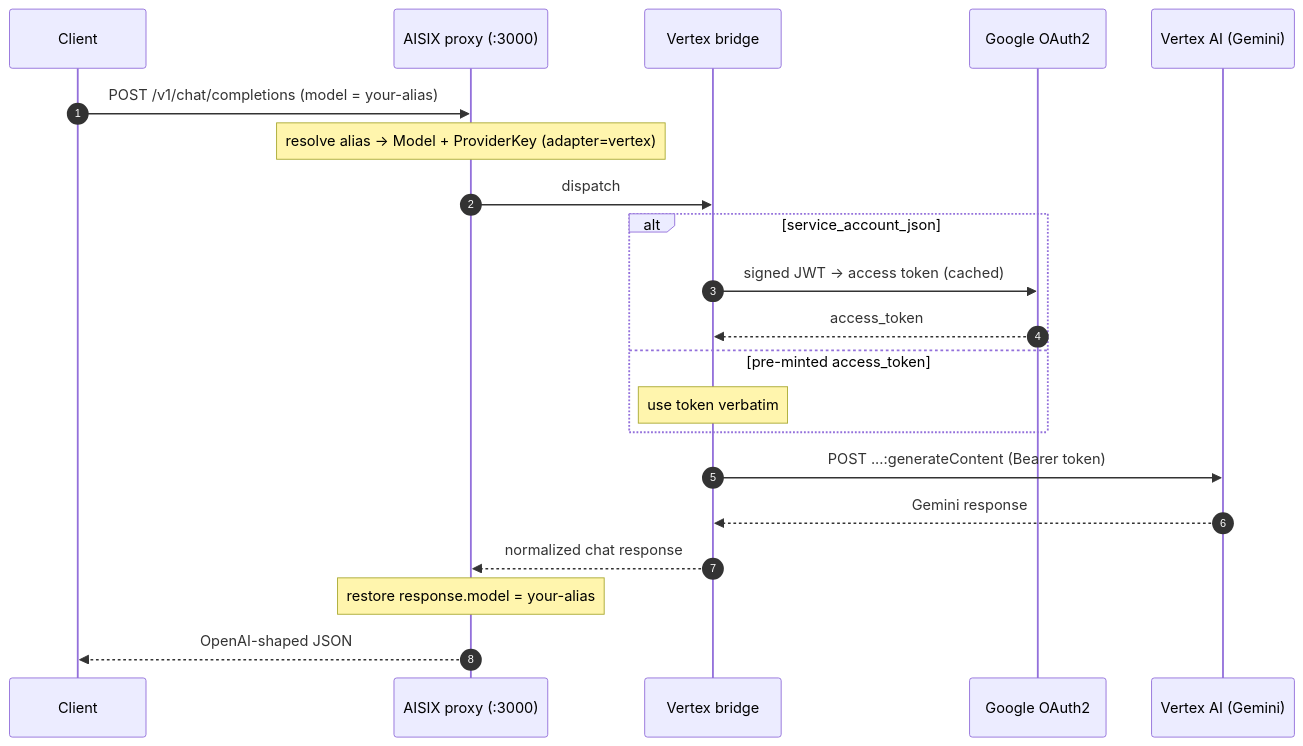
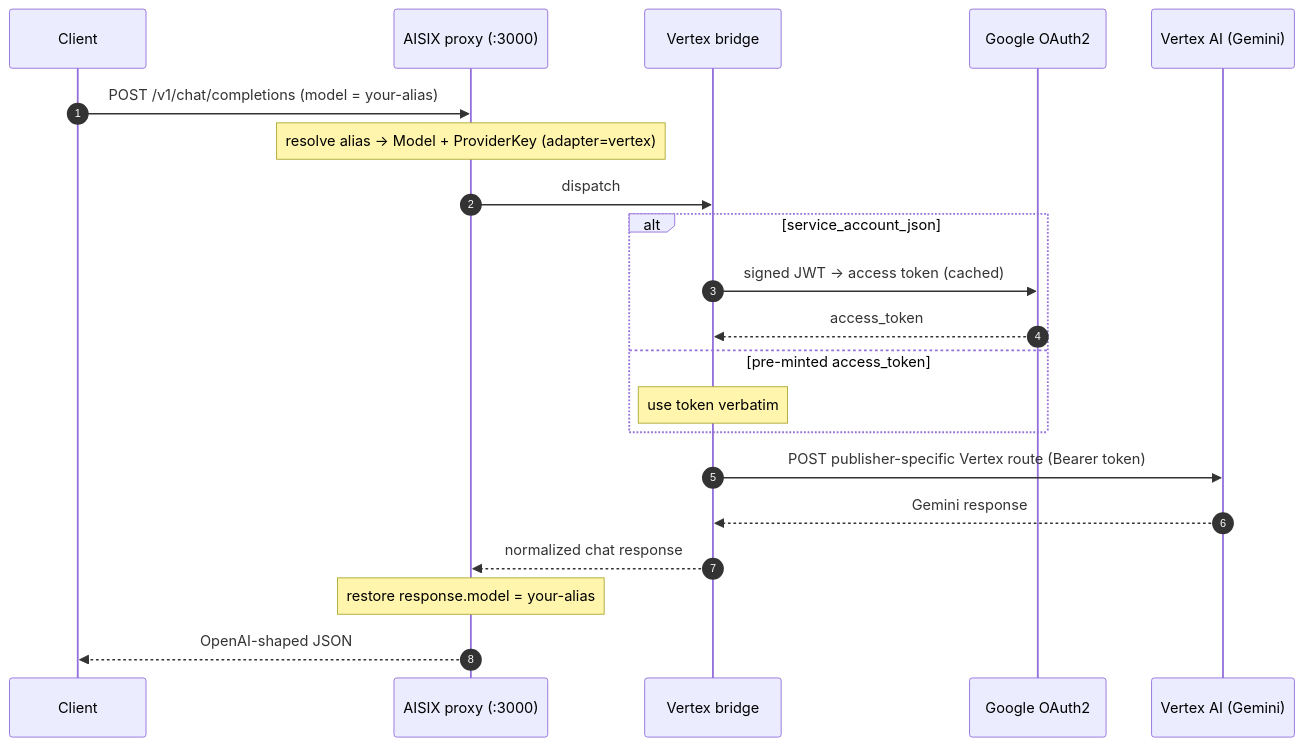
The diagram in docs/integration/upstream-vertex.md (api7/aisix), drawn with Mermaid before and after one commit. The commit also changed other lines of this file and 78 other files, not shown here.

````diff
--- a/docs/integration/upstream-vertex.md
+++ b/docs/integration/upstream-vertex.md
@@ -33,24 +52,24 @@
 ```mermaid
 sequenceDiagram
     autonumber
     participant Client
     participant Proxy as AISIX proxy (:3000)
     participant Bridge as Vertex bridge
     participant Google as Google OAuth2
     participant Vertex as Vertex AI (Gemini)
 
     Client->>Proxy: POST /v1/chat/completions (model = your-alias)
     Note over Proxy: resolve alias → Model + ProviderKey (adapter=vertex)
     Proxy->>Bridge: dispatch
     alt service_account_json
         Bridge->>Google: signed JWT → access token (cached)
         Google-->>Bridge: access_token
     else pre-minted access_token
         Note over Bridge: use token verbatim
     end
-    Bridge->>Vertex: POST ...:generateContent (Bearer token)
+    Bridge->>Vertex: POST publisher-specific Vertex route (Bearer token)
     Vertex-->>Bridge: Gemini response
     Bridge-->>Proxy: normalized chat response
     Note over Proxy: restore response.model = your-alias
     Proxy-->>Client: OpenAI-shaped JSON
 ```
````
